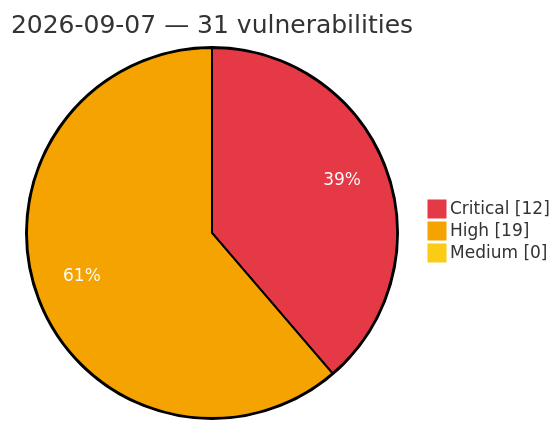
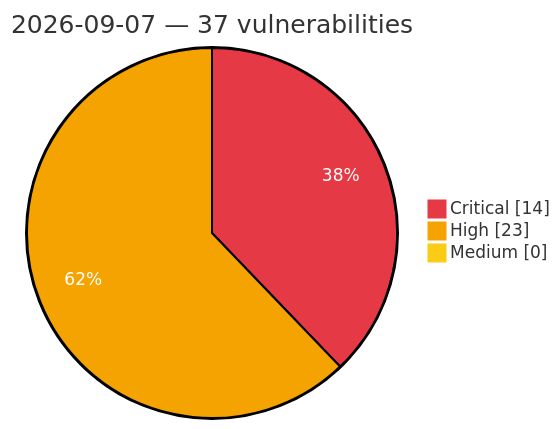
Before and after one commit to GhostX0X/vuln-tracker: the diagram in vulnerabilities/2026/September/2026-09-07.md, drawn with Mermaid. The commit also changed other lines of this file and 5 other files, not shown here.

Commit message:
Auto update: critical/high vulns (2026-09-07 19:46 UTC)

````diff
--- a/vulnerabilities/2026/September/2026-09-07.md
+++ b/vulnerabilities/2026/September/2026-09-07.md
@@ -3,8 +3,8 @@
 ```mermaid
 %%{init: {'theme':'base', 'themeVariables': {'pie1':'#e63946', 'pie2':'#f4a300', 'pie3':'#facc15', 'pieOpacity':'1', 'pieOuterStrokeWidth':'2px', 'pieSectionTextColor':'#ffffff'}}}%%
 pie showData
-    title 2026-09-07 — 31 vulnerabilities
-    "Critical" : 12
-    "High" : 19
+    title 2026-09-07 — 37 vulnerabilities
+    "Critical" : 14
+    "High" : 23
     "Medium" : 0
 ```
````
